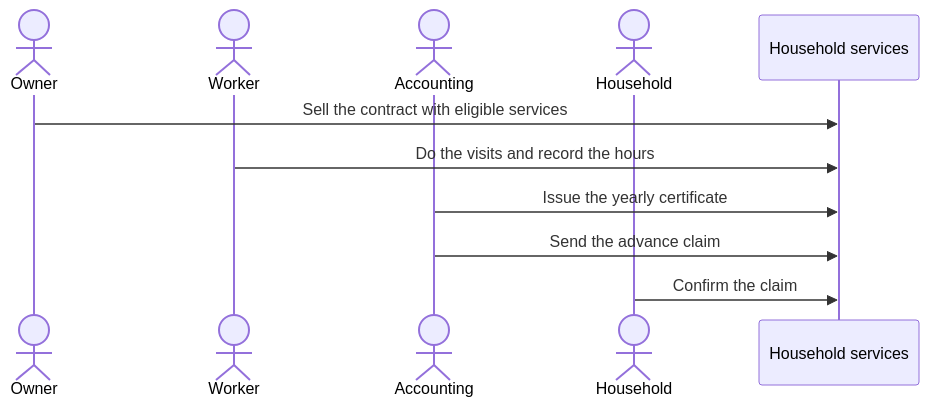
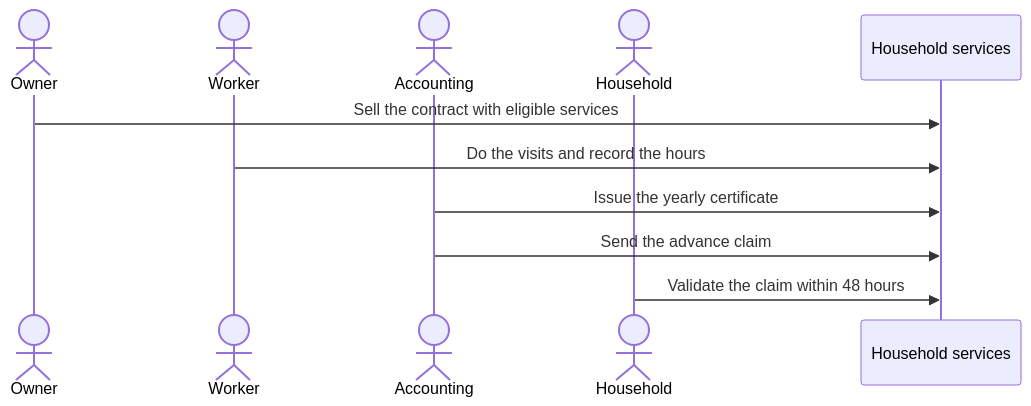
One commit to gpbcom/SimpleERP changed the second of 2 diagrams in docs/specs/08-sectors/sc19-trades-and-home-services/flows/fl-sc19-03-home-services-tax-credit.md. Above: the diagram before and after it, drawn with Mermaid. The commit also changed other lines of this file and 8816 other files, not shown here.

````diff
--- a/docs/specs/08-sectors/sc19-trades-and-home-services/flows/fl-sc19-03-home-services-tax-credit.md
+++ b/docs/specs/08-sectors/sc19-trades-and-home-services/flows/fl-sc19-03-home-services-tax-credit.md
@@ -44,13 +44,13 @@
 ```mermaid
 sequenceDiagram
   actor O as Owner
   actor W as Worker
   actor A as Accounting
   actor H as Household
   participant S as Household services
   O->>S: Sell the contract with eligible services
   W->>S: Do the visits and record the hours
   A->>S: Issue the yearly certificate
   A->>S: Send the advance claim
-  H->>S: Confirm the claim
+  H->>S: Validate the claim within 48 hours
 ```
````
